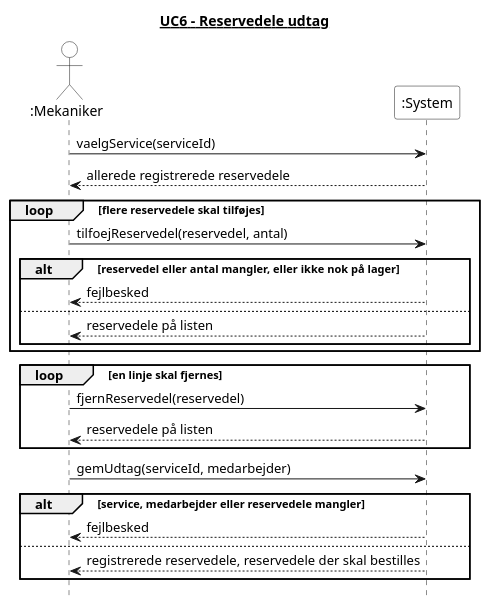
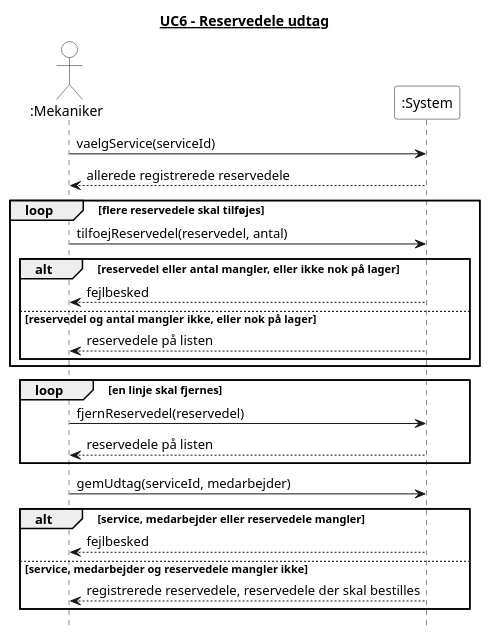
The diagram in 4. System Sekvens Diagram/UC6_reservedele_udtag.puml (Zoabz/Getting-Real), drawn with PlantUML before and after one commit. The commit also changed 14 other files, not shown here.

```diff
--- a/4. System Sekvens Diagram/UC6_reservedele_udtag.puml
+++ b/4. System Sekvens Diagram/UC6_reservedele_udtag.puml
@@ -1,45 +1,45 @@
 @startuml
 title <u>UC6 - Reservedele udtag</u>
 hide footbox
 skinparam monochrome true
 skinparam shadowing false
 skinparam backgroundColor white
 skinparam actor {
   BackgroundColor white
 }
 skinparam participant {
   BackgroundColor white
 }
 
 actor ":Mekaniker"
 participant ":System" as System
 
 ":Mekaniker" -> System : vaelgService(serviceId)
 
 System --> ":Mekaniker" : allerede registrerede reservedele
 
 loop flere reservedele skal tilføjes
   ":Mekaniker" -> System : tilfoejReservedel(reservedel, antal)
   
   alt reservedel eller antal mangler, eller ikke nok på lager
     System --> ":Mekaniker" : fejlbesked
-  else 
+  else reservedel og antal mangler ikke, eller nok på lager
     System --> ":Mekaniker" : reservedele på listen
   end
   
 end
 loop en linje skal fjernes
   ":Mekaniker" -> System : fjernReservedel(reservedel)
   
   System --> ":Mekaniker" : reservedele på listen
   
 end
 ":Mekaniker" -> System : gemUdtag(serviceId, medarbejder)
 
 alt service, medarbejder eller reservedele mangler
   System --> ":Mekaniker" : fejlbesked
-else 
+else service, medarbejder og reservedele mangler ikke
   System --> ":Mekaniker" : registrerede reservedele, reservedele der skal bestilles
 end
 
 @enduml
```
